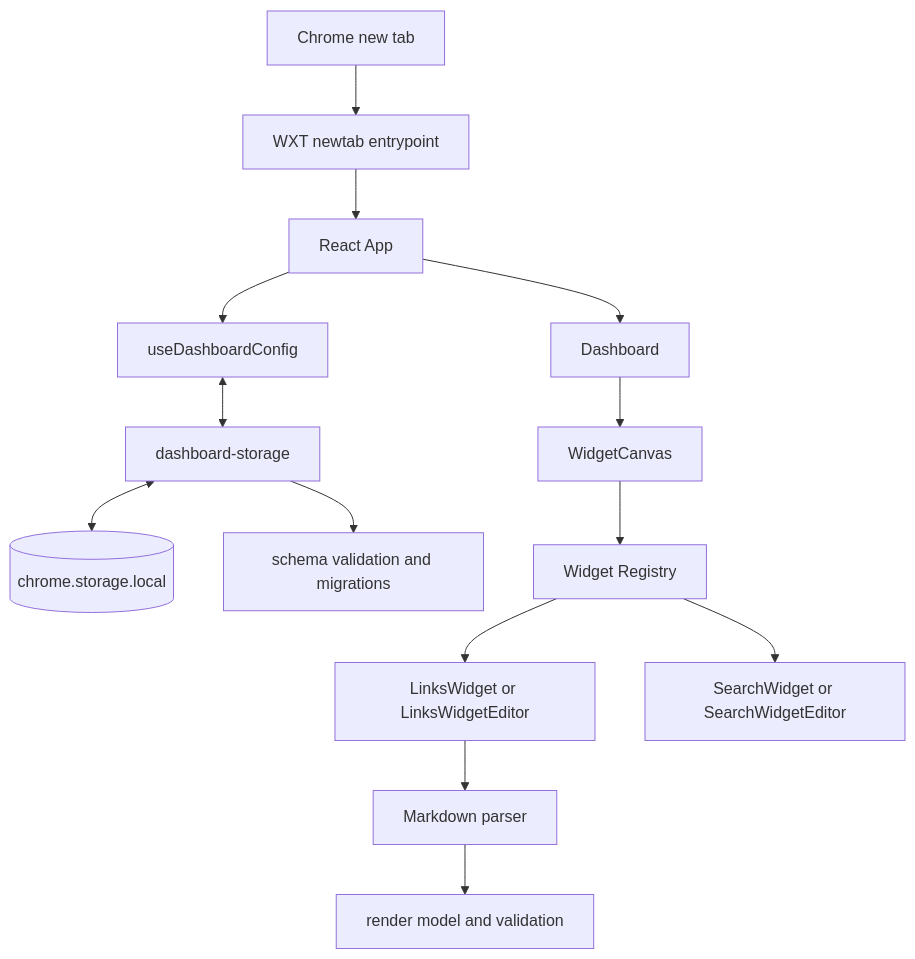
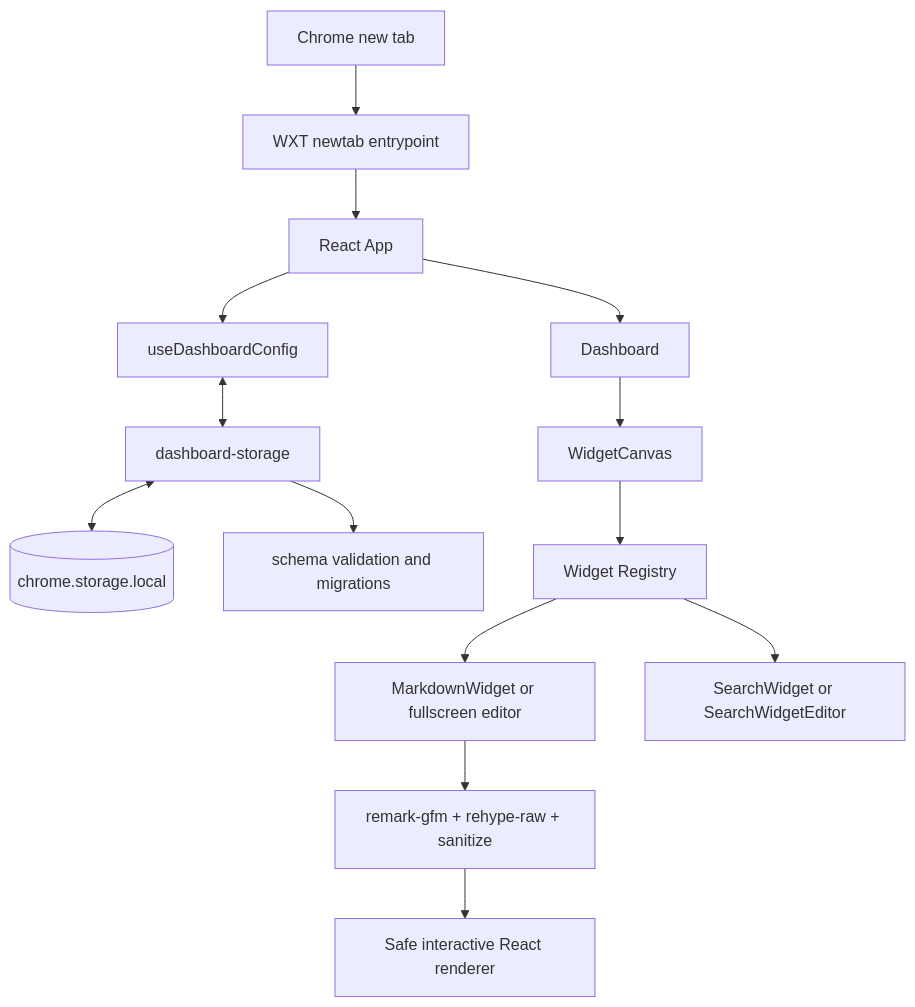
The diagram in docs/architecture.md (a-melchikov/chrome-start-page), drawn with Mermaid before and after one commit. The commit also changed other lines of this file and 36 other files, not shown here.

Commit message:
feat(widgets): replace links with markdown widget

````diff
--- a/docs/architecture.md
+++ b/docs/architecture.md
@@ -7,16 +7,16 @@
 ```mermaid
 flowchart TD
   Chrome[Chrome new tab] --> Entry[WXT newtab entrypoint]
   Entry --> App[React App]
   App --> Hook[useDashboardConfig]
   App --> Dashboard[Dashboard]
   Hook <--> Storage[dashboard-storage]
   Storage <--> Local[(chrome.storage.local)]
   Storage --> Migrations[schema validation and migrations]
   Dashboard --> Canvas[WidgetCanvas]
   Canvas --> Registry[Widget Registry]
-  Registry --> Links[LinksWidget or LinksWidgetEditor]
+  Registry --> Markdown[MarkdownWidget or fullscreen editor]
   Registry --> Search[SearchWidget or SearchWidgetEditor]
-  Links --> Parser[Markdown parser]
-  Parser --> Model[render model and validation]
+  Markdown --> Pipeline[remark-gfm + rehype-raw + sanitize]
+  Pipeline --> Render[Safe interactive React renderer]
 ```
````
